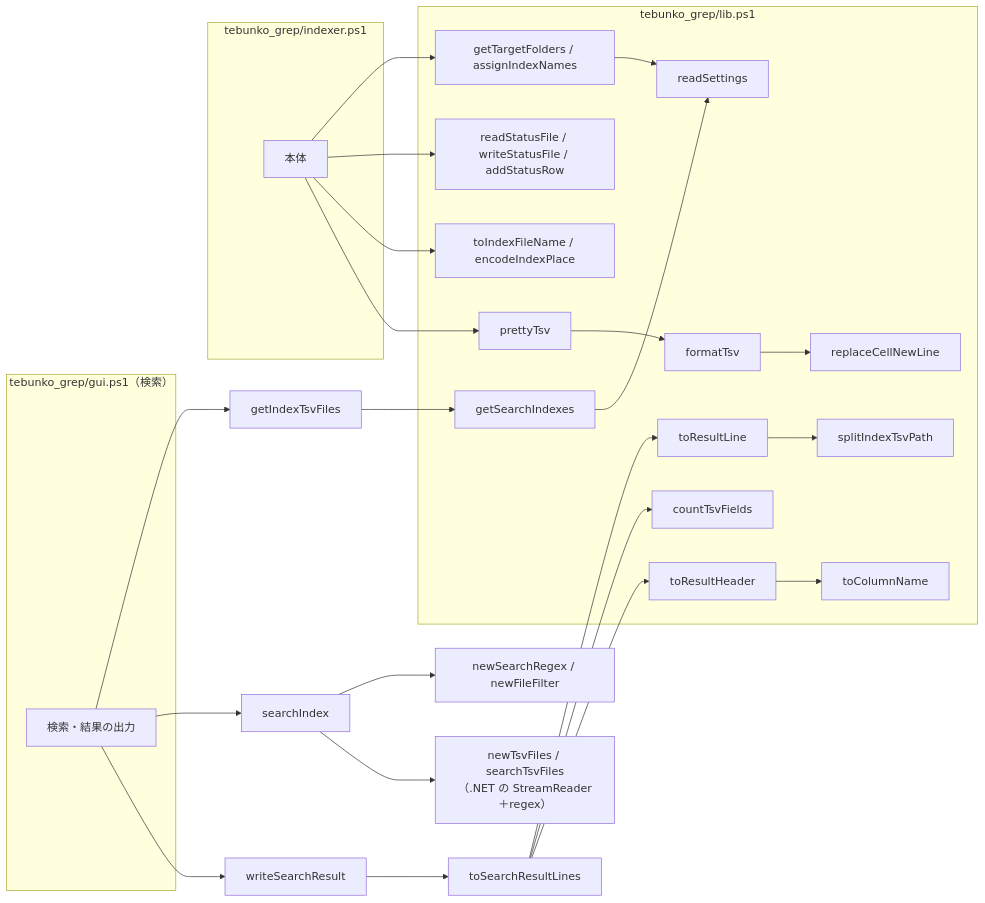
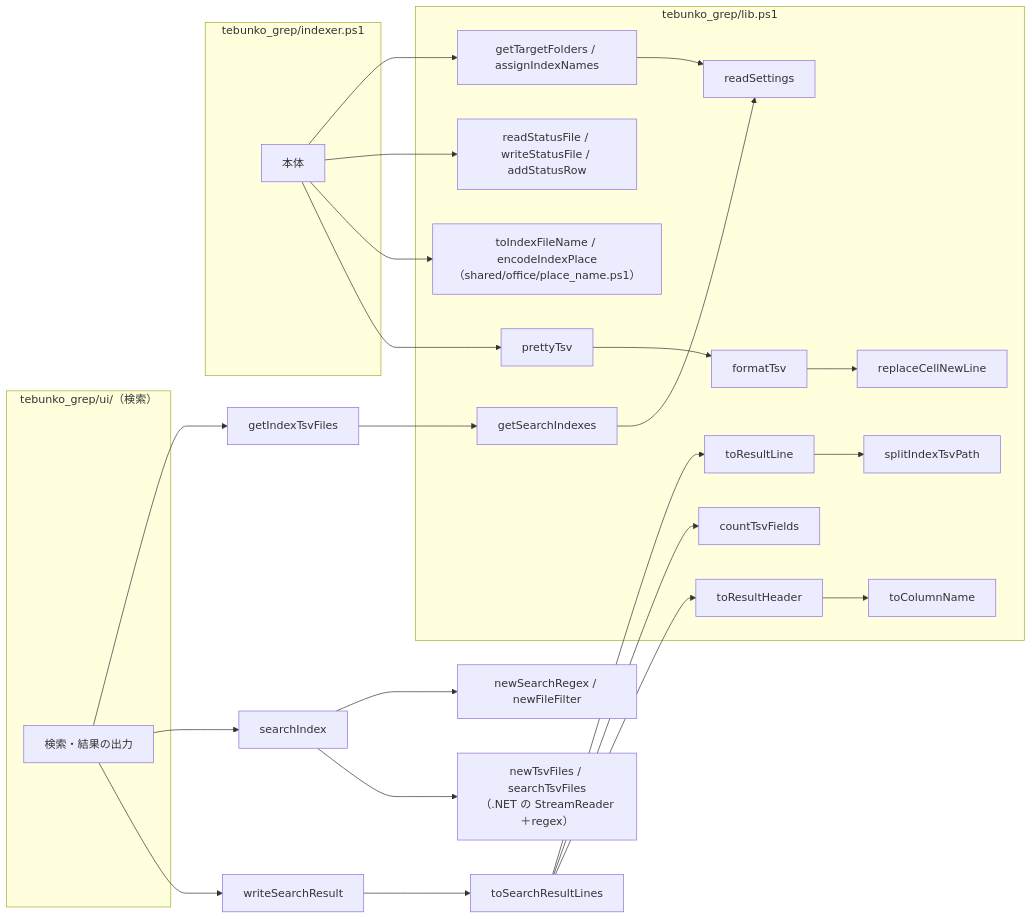
The first of 2 diagrams in docs/00_共通_2_共通モジュール.md (hsgwa/tebunko), drawn with Mermaid before and after one commit. The commit also changed other lines of this file and 43 other files, not shown here.

````diff
--- a/docs/00_共通_2_共通モジュール.md
+++ b/docs/00_共通_2_共通モジュール.md
@@ -147,37 +155,37 @@
 ```mermaid
 flowchart LR
     subgraph OTS["tebunko_grep/indexer.ps1"]
         OT["本体"]
     end
-    subgraph GRS["tebunko_grep/gui.ps1（検索）"]
+    subgraph GRS["tebunko_grep/ui/（検索）"]
         GR["検索・結果の出力"]
     end
     subgraph CMS["tebunko_grep/lib.ps1"]
         RCL["readSettings"]
         RSF["readStatusFile / writeStatusFile / addStatusRow"]
         GTF["getTargetFolders / assignIndexNames"]
         GIF["getSearchIndexes"]
-        TSF["toIndexFileName / encodeIndexPlace"]
+        TSF["toIndexFileName / encodeIndexPlace<br>（shared/office/place_name.ps1）"]
         RNL["replaceCellNewLine"]
         FT["formatTsv"]
         PT["prettyTsv"]
         SIF["splitIndexTsvPath"]
         TRL["toResultLine"]
         CTF["countTsvFields"]
         TRH["toResultHeader"]
         TCN["toColumnName"]
     end
 
     OT --> GTF --> RCL
     OT --> RSF
     OT --> TSF
     OT --> PT --> FT --> RNL
     GR --> ITF["getIndexTsvFiles"] --> GIF --> RCL
     GR --> SI["searchIndex"]
     SI --> NSR["newSearchRegex / newFileFilter"]
     SI --> STF["newTsvFiles / searchTsvFiles<br>（.NET の StreamReader＋regex）"]
     GR --> WSR["writeSearchResult"] --> TSR["toSearchResultLines"]
     TSR --> TRL --> SIF
     TSR --> CTF
     TSR --> TRH --> TCN
 ```
````
